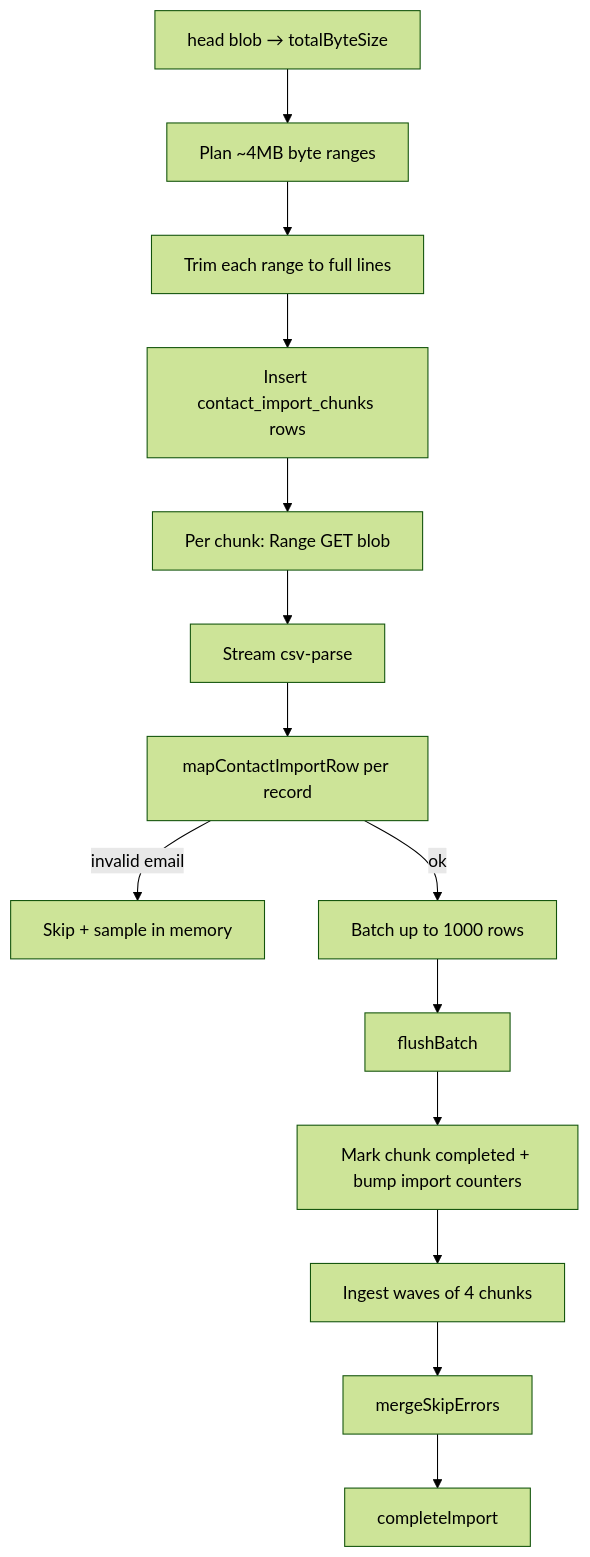
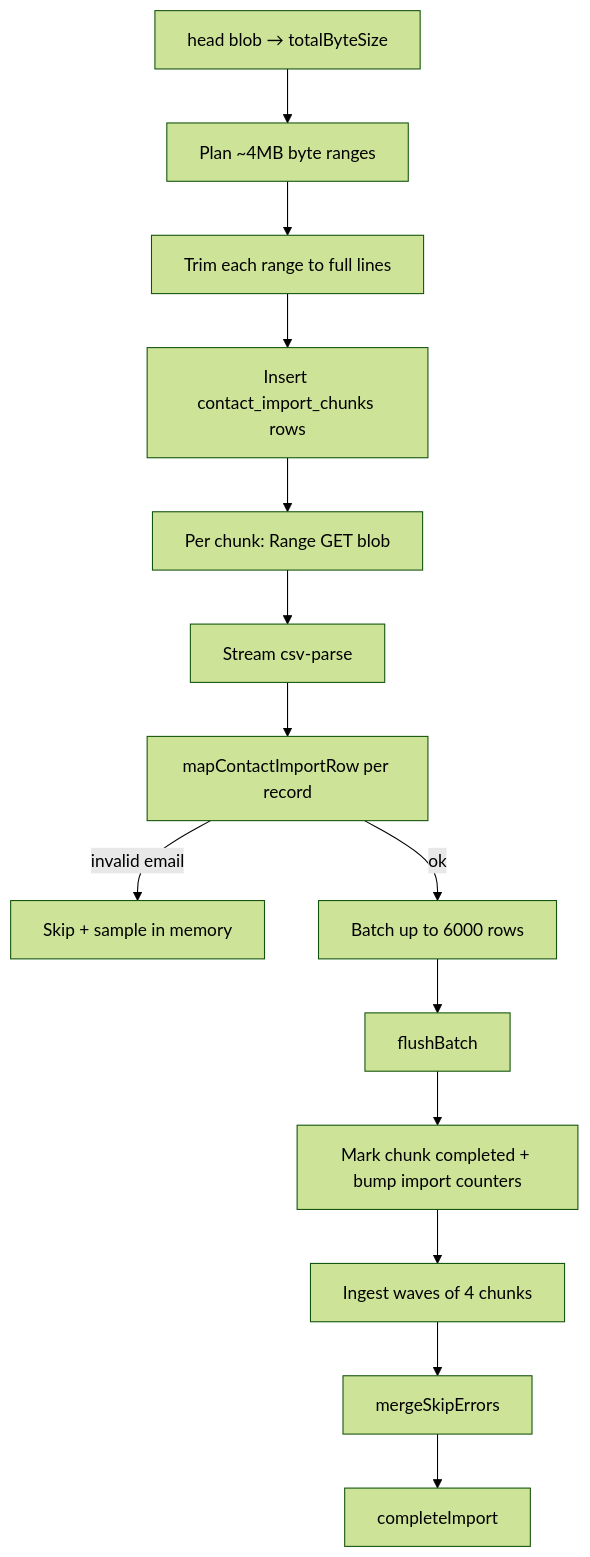
Before and after one commit to SugarDarius/tomodachi-app: the fourth of 6 diagrams in architecture.md, drawn with Mermaid (forest theme). The commit also changed other lines of this file and 1 other file, not shown here.

Commit message:
update batch limits + doc

````diff
--- a/architecture.md
+++ b/architecture.md
@@ -104,16 +104,16 @@
 ```mermaid
 flowchart TD
   H[head blob → totalByteSize] --> PC[Plan ~4MB byte ranges]
   PC --> T[Trim each range to full lines]
   T --> CH[Insert contact_import_chunks rows]
   CH --> IC[Per chunk: Range GET blob]
   IC --> ST[Stream csv-parse]
   ST --> MR[mapContactImportRow per record]
   MR -->|invalid email| SK[Skip + sample in memory]
-  MR -->|ok| BT[Batch up to 1000 rows]
+  MR -->|ok| BT[Batch up to 6000 rows]
   BT --> FB[flushBatch]
   FB --> CC[Mark chunk completed + bump import counters]
   CC --> W[Ingest waves of 4 chunks]
   W --> ME[mergeSkipErrors]
   ME --> CI[completeImport]
 ```
````
